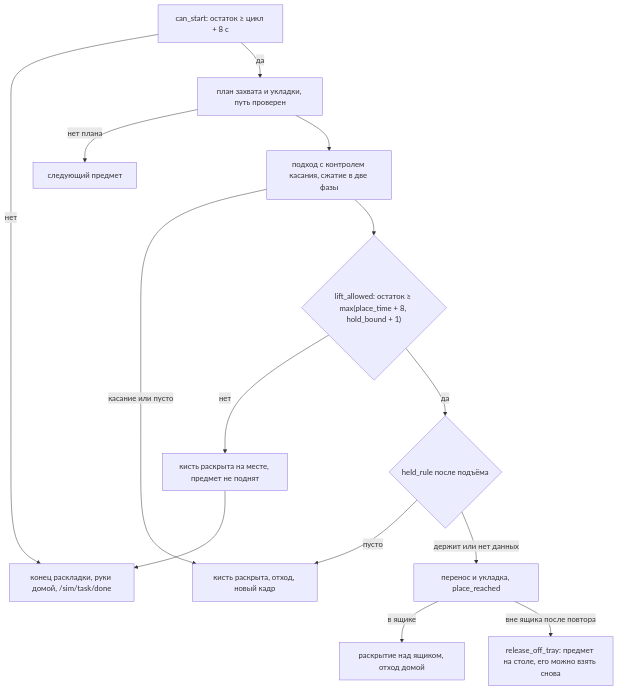
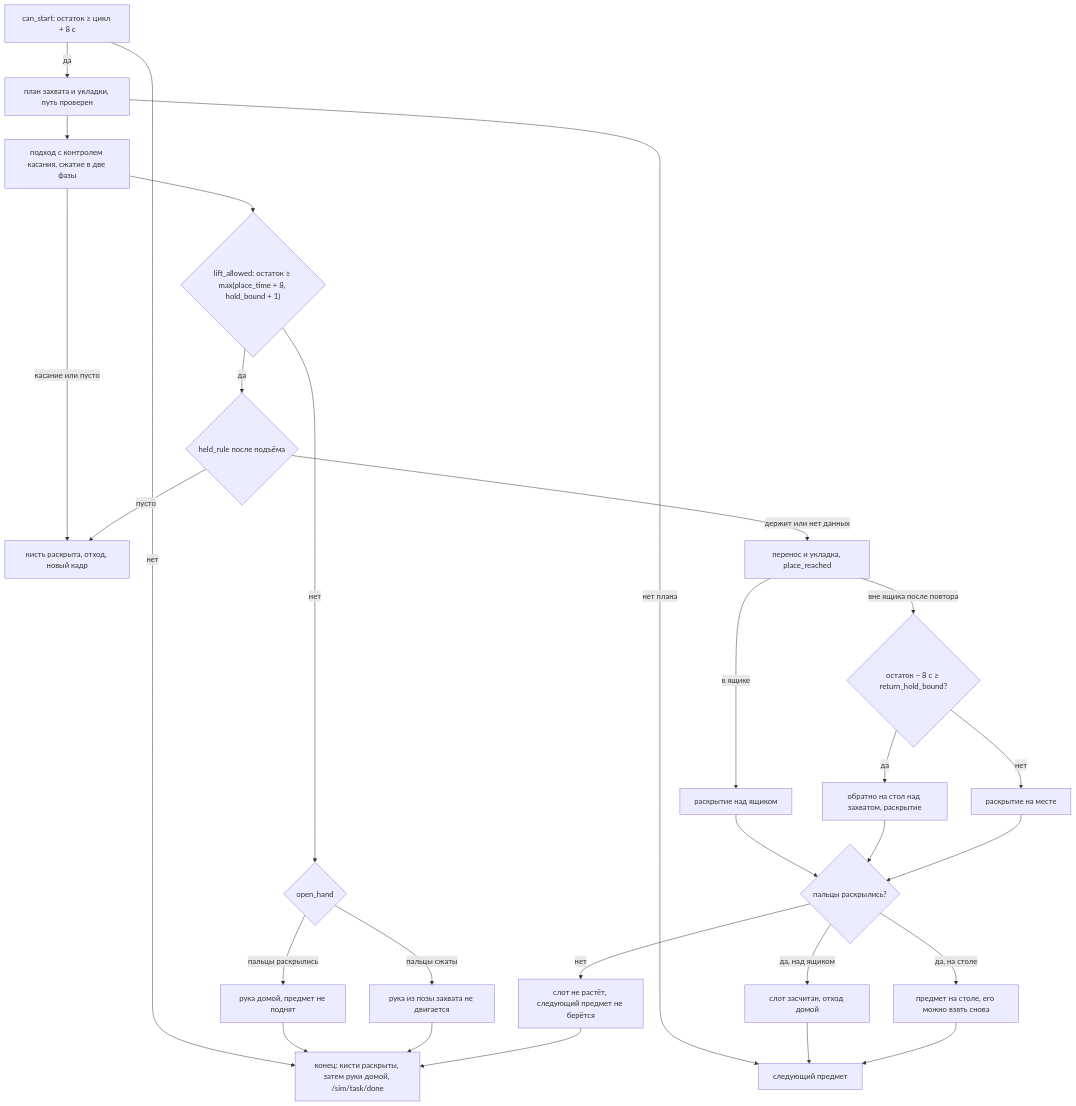
Before and after one commit to KonkovDV/DeftSort: the diagram in docs/MATH_PHYSICS.md, drawn with Mermaid. The commit also changed other lines of this file and 10 other files, not shown here.

First line of the commit message:
docs: align the live docs with release and escape behaviour, and do not retreat a closed hand when the lift is refused

````diff
--- a/docs/MATH_PHYSICS.md
+++ b/docs/MATH_PHYSICS.md
@@ -115,15 +115,25 @@
 ```mermaid
 flowchart TD
-  S["can_start: остаток ≥ цикл + 8 с"] -->|нет| E["конец раскладки, руки домой, /sim/task/done"]
+  S["can_start: остаток ≥ цикл + 8 с"] -->|нет| E["конец: кисти раскрыты, затем руки домой, /sim/task/done"]
   S -->|да| P["план захвата и укладки, путь проверен"]
   P -->|нет плана| O["следующий предмет"]
   P --> C["подход с контролем касания, сжатие в две фазы"]
   C -->|касание или пусто| R["кисть раскрыта, отход, новый кадр"]
   C --> L{"lift_allowed: остаток ≥ max(place_time + 8, hold_bound + 1)"}
-  L -->|нет| X["кисть раскрыта на месте, предмет не поднят"] --> E
+  L -->|нет| X{"open_hand"}
+  X -->|пальцы раскрылись| Xh["рука домой, предмет не поднят"] --> E
+  X -->|пальцы сжаты| Xs["рука из позы захвата не двигается"] --> E
   L -->|да| H{"held_rule после подъёма"}
   H -->|пусто| R
   H -->|держит или нет данных| T["перенос и укладка, place_reached"]
-  T -->|в ящике| D["раскрытие над ящиком, отход домой"]
-  T -->|вне ящика после повтора| B["release_off_tray: предмет на столе, его можно взять снова"]
+  T -->|в ящике| D["раскрытие над ящиком"]
+  T -->|вне ящика после повтора| B{"остаток − 8 с ≥ return_hold_bound?"}
+  B -->|да| Back["обратно на стол над захватом, раскрытие"]
+  B -->|нет| Here["раскрытие на месте"]
+  D --> F{"пальцы раскрылись?"}
+  Back --> F
+  Here --> F
+  F -->|да, над ящиком| Home["слот засчитан, отход домой"] --> O
+  F -->|да, на столе| Again["предмет на столе, его можно взять снова"] --> O
+  F -->|нет| Stop["слот не растёт, следующий предмет не берётся"] --> E
 ```
````
